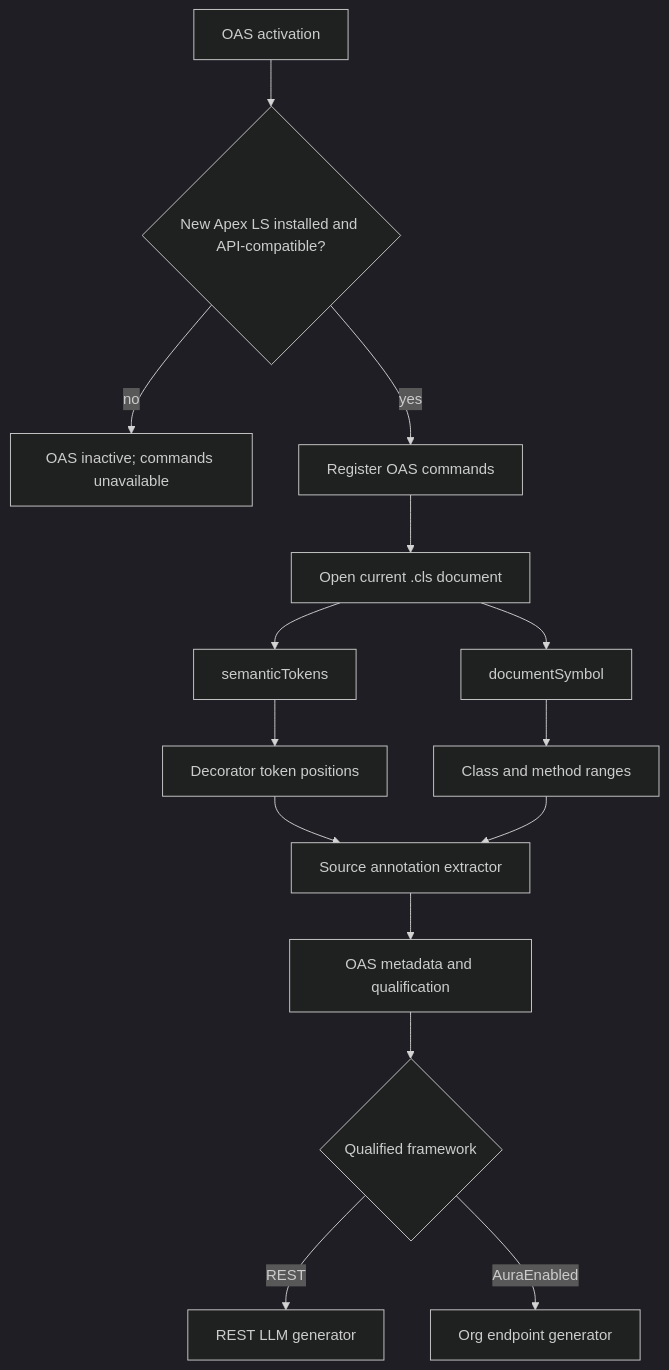
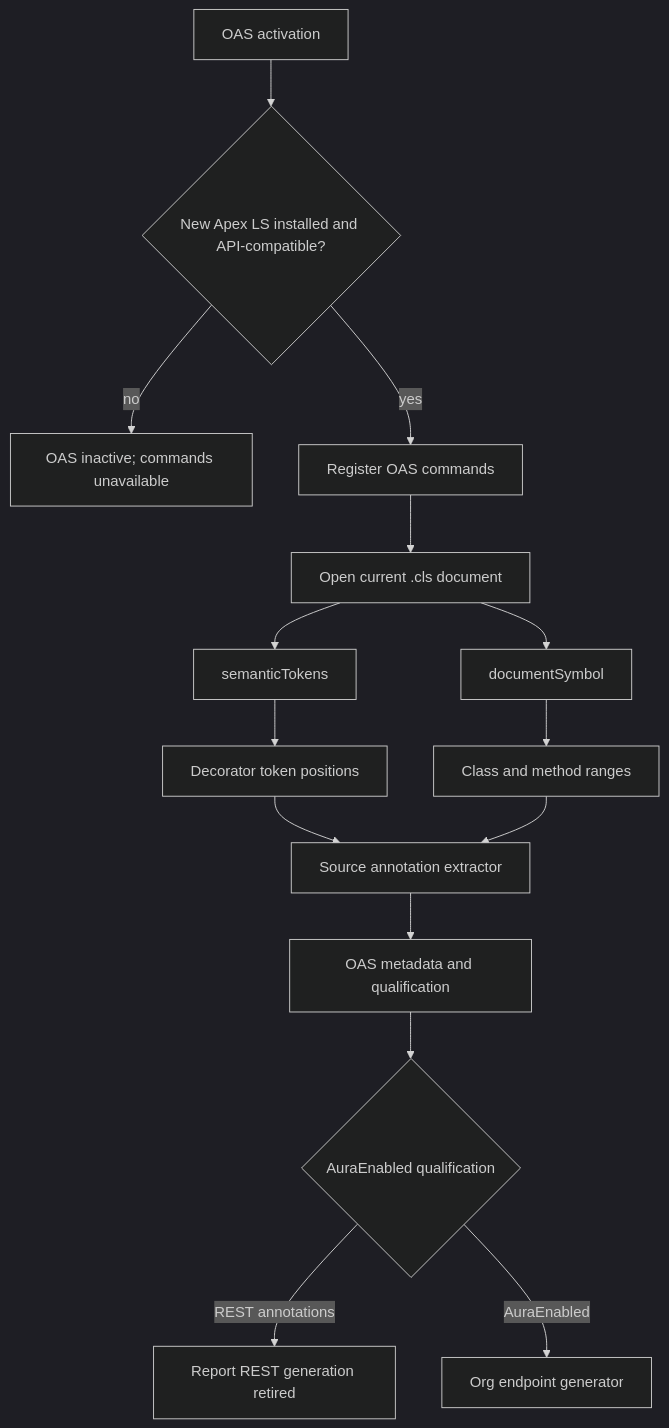
Before and after one commit to forcedotcom/salesforcedx-vscode: the second of 2 diagrams in plans/W-24703759.md, drawn with Mermaid (dark theme). The commit also changed other lines of this file and 64 other files, not shown here.

````diff
--- a/plans/W-24703759.md
+++ b/plans/W-24703759.md
@@ -48,17 +52,17 @@
 ```mermaid
 flowchart TD
     A[OAS activation] --> B{New Apex LS installed and API-compatible?}
     B -->|no| C[OAS inactive; commands unavailable]
     B -->|yes| D[Register OAS commands]
     D --> E[Open current .cls document]
     E --> F[semanticTokens]
     E --> G[documentSymbol]
     F --> H[Decorator token positions]
     G --> I[Class and method ranges]
     H --> J[Source annotation extractor]
     I --> J
     J --> K[OAS metadata and qualification]
-    K --> L{Qualified framework}
-    L -->|REST| M[REST LLM generator]
+    K --> L{AuraEnabled qualification}
+    L -->|REST annotations| M[Report REST generation retired]
     L -->|AuraEnabled| N[Org endpoint generator]
 ```
````
